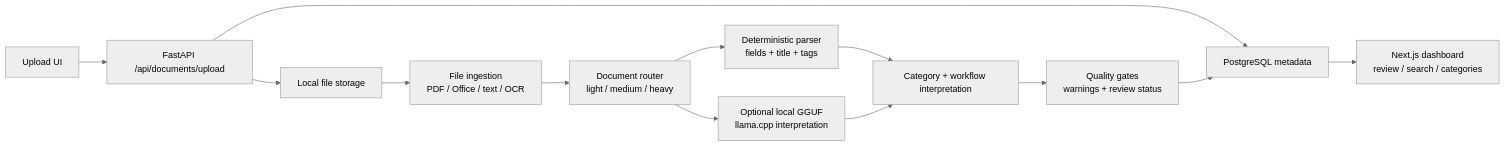
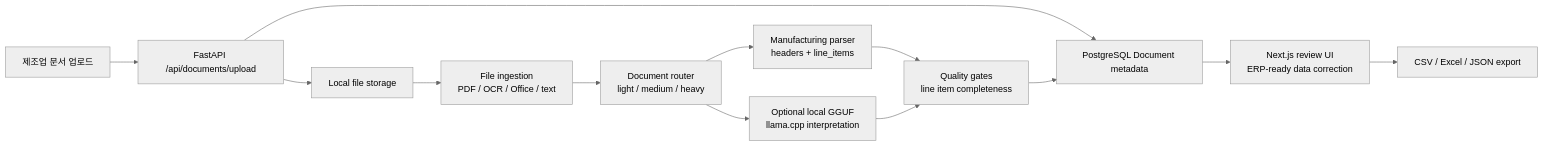
The diagram in README.md (jason831444-web/docuparse2.0), drawn with Mermaid (neutral theme) before and after one commit. The commit also changed other lines of this file and 44 other files, not shown here.

Commit message:
Add manufacturing document automation workflow

````diff
--- a/README.md
+++ b/README.md
@@ -95,15 +85,15 @@
 ```mermaid
 flowchart LR
-    Upload["Upload UI"] --> API["FastAPI /api/documents/upload"]
+    Upload["제조업 문서 업로드"] --> API["FastAPI /api/documents/upload"]
     API --> Storage["Local file storage"]
-    API --> DB["PostgreSQL metadata"]
-    Storage --> Ingestion["File ingestion\nPDF / Office / text / OCR"]
+    API --> DB["PostgreSQL Document metadata"]
+    Storage --> Ingestion["File ingestion\nPDF / OCR / Office / text"]
     Ingestion --> Router["Document router\nlight / medium / heavy"]
-    Router --> Parser["Deterministic parser\nfields + title + tags"]
+    Router --> Parser["Manufacturing parser\nheaders + line_items"]
     Router --> AI["Optional local GGUF\nllama.cpp interpretation"]
-    Parser --> Interpret["Category + workflow interpretation"]
-    AI --> Interpret
-    Interpret --> Quality["Quality gates\nwarnings + review status"]
+    Parser --> Quality["Quality gates\nline item completeness"]
+    AI --> Quality
     Quality --> DB
-    DB --> UI["Next.js dashboard\nreview / search / categories"]
+    DB --> UI["Next.js review UI\nERP-ready data correction"]
+    UI --> Export["CSV / Excel / JSON export"]
 ```
````
